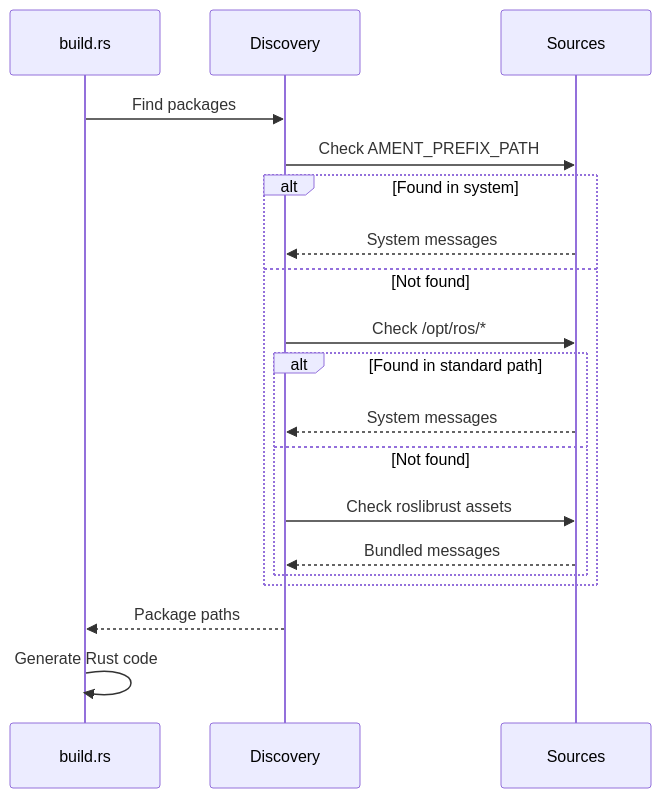
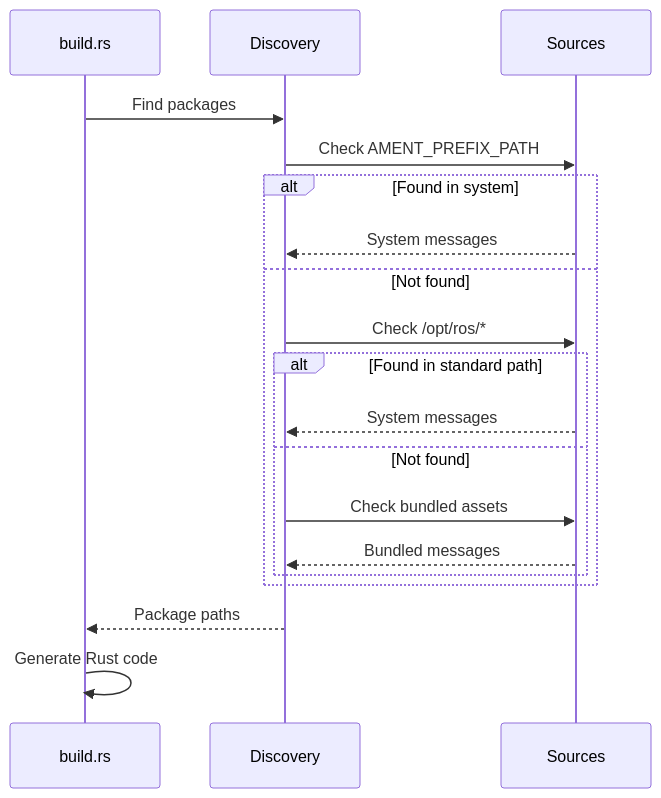
Before and after one commit to ZettaScaleLabs/ros-z: the second of 6 diagrams in book/src/chapters/message_generation.md, drawn with Mermaid. The commit also changed other lines of this file and 206 other files, not shown here.

````diff
--- a/book/src/chapters/message_generation.md
+++ b/book/src/chapters/message_generation.md
@@ -62,22 +62,22 @@
 ```mermaid
 sequenceDiagram
     participant B as build.rs
     participant D as Discovery
     participant S as Sources
 
     B->>D: Find packages
     D->>S: Check AMENT_PREFIX_PATH
     alt Found in system
         S-->>D: System messages
     else Not found
         D->>S: Check /opt/ros/*
         alt Found in standard path
             S-->>D: System messages
         else Not found
-            D->>S: Check roslibrust assets
+            D->>S: Check bundled assets
             S-->>D: Bundled messages
         end
     end
     D-->>B: Package paths
     B->>B: Generate Rust code
 ```
````
